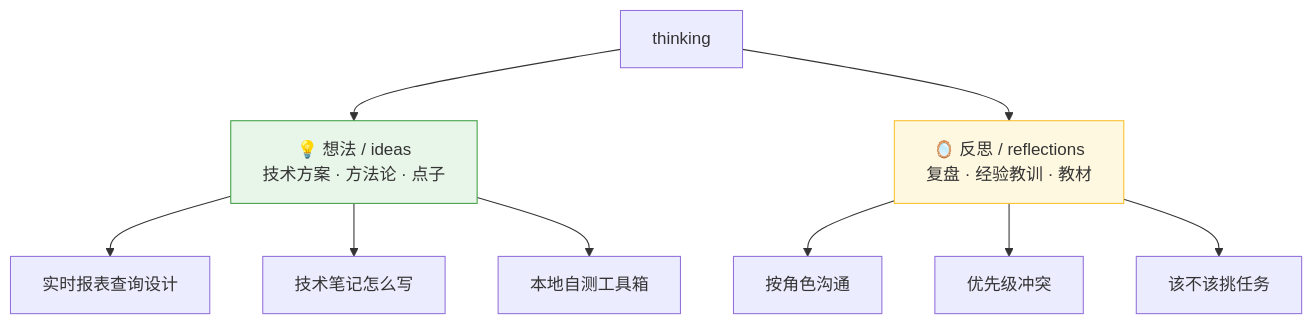
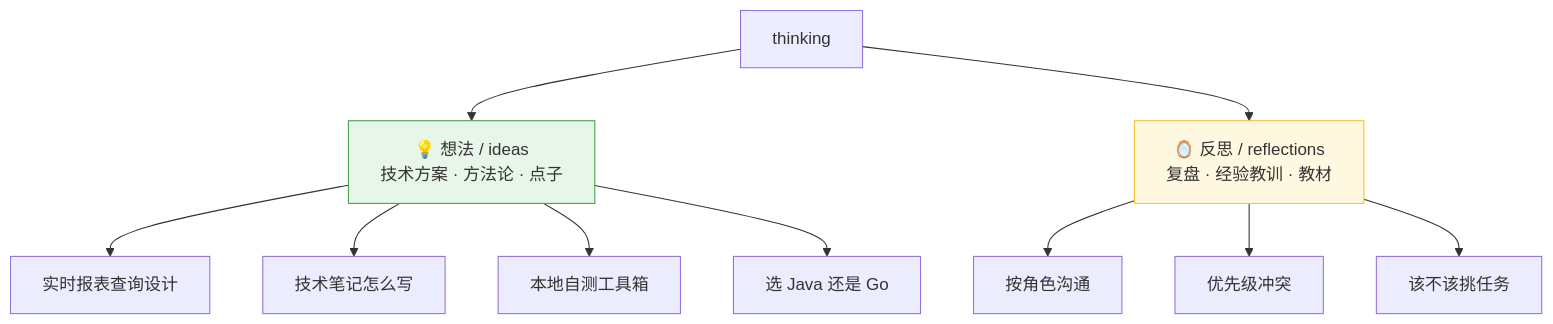
The first of 2 diagrams in docs/README.md (yishengyuan/thinking), drawn with Mermaid before and after one commit. The commit also changed other lines of this file and 1 other file, not shown here.

Commit message:
docs: 新增'AI时代选Java还是Go-语言选择'并更新索引
- 能力四层模型:AI抬高L1-L2地板,抬不动L3-L4结构判断
- 结构性问题是AI盲区(难发现/定位/判断/不知道自己不知道)+复合风险链
- 决策框架:利害寿命/问题契合/谁持有判断力;默认押在能hold结构的语言
- Java vs Go 契合场景与结构性坑速查 + 折中路径
- docs/README.md 索引补一行

````diff
--- a/docs/README.md
+++ b/docs/README.md
@@ -6,17 +6,18 @@
 ```mermaid
 flowchart TD
     ROOT[thinking]
     ROOT --> IDEA[💡 想法 / ideas<br/>技术方案 · 方法论 · 点子]
     ROOT --> REF[🪞 反思 / reflections<br/>复盘 · 经验教训 · 教材]
 
     IDEA --> I1[实时报表查询设计]
     IDEA --> I2[技术笔记怎么写]
     IDEA --> I3[本地自测工具箱]
+    IDEA --> I4[选 Java 还是 Go]
 
     REF --> R1[按角色沟通]
     REF --> R2[优先级冲突]
     REF --> R3[该不该挑任务]
 
     style IDEA fill:#e8f5e9,stroke:#43a047
     style REF fill:#fff8e1,stroke:#fbc02d
 ```
````
